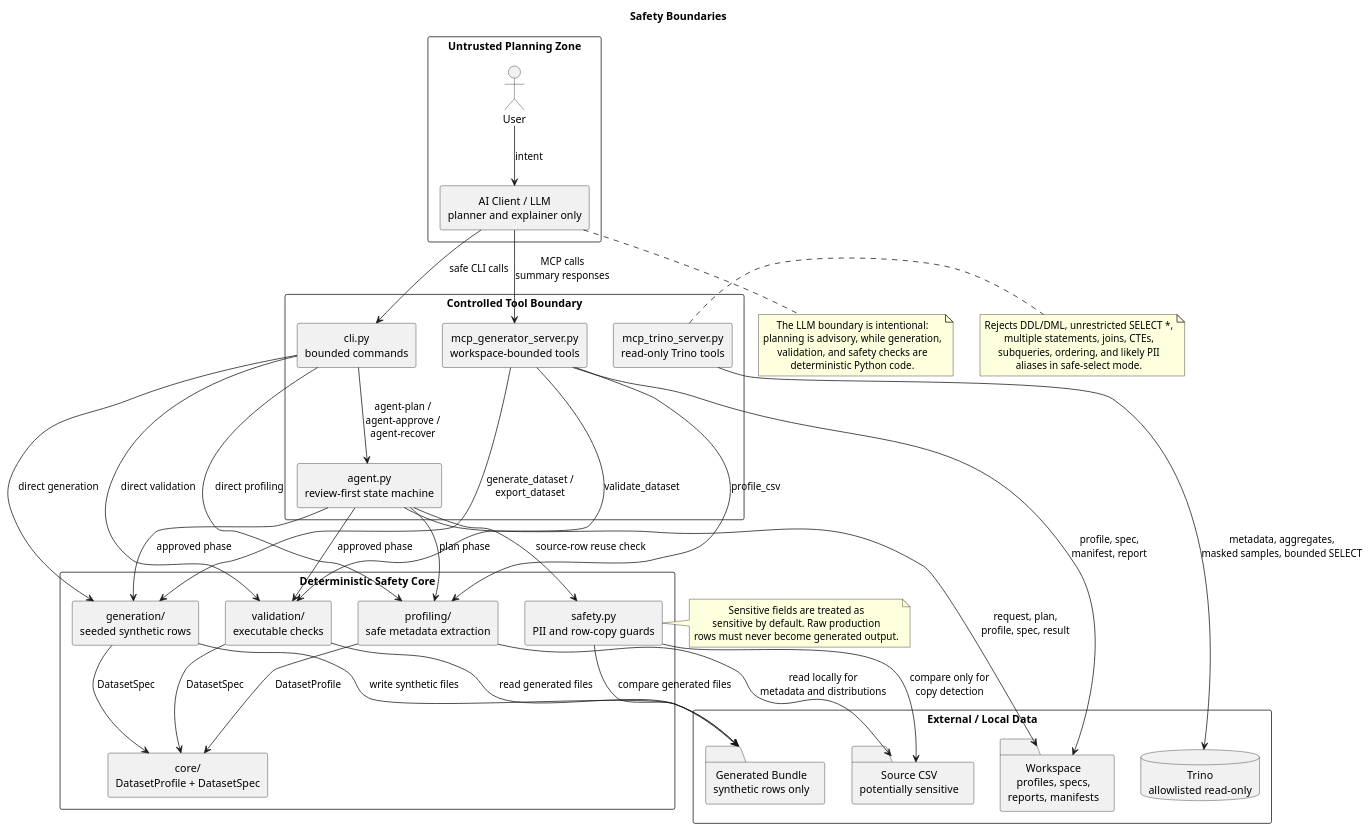
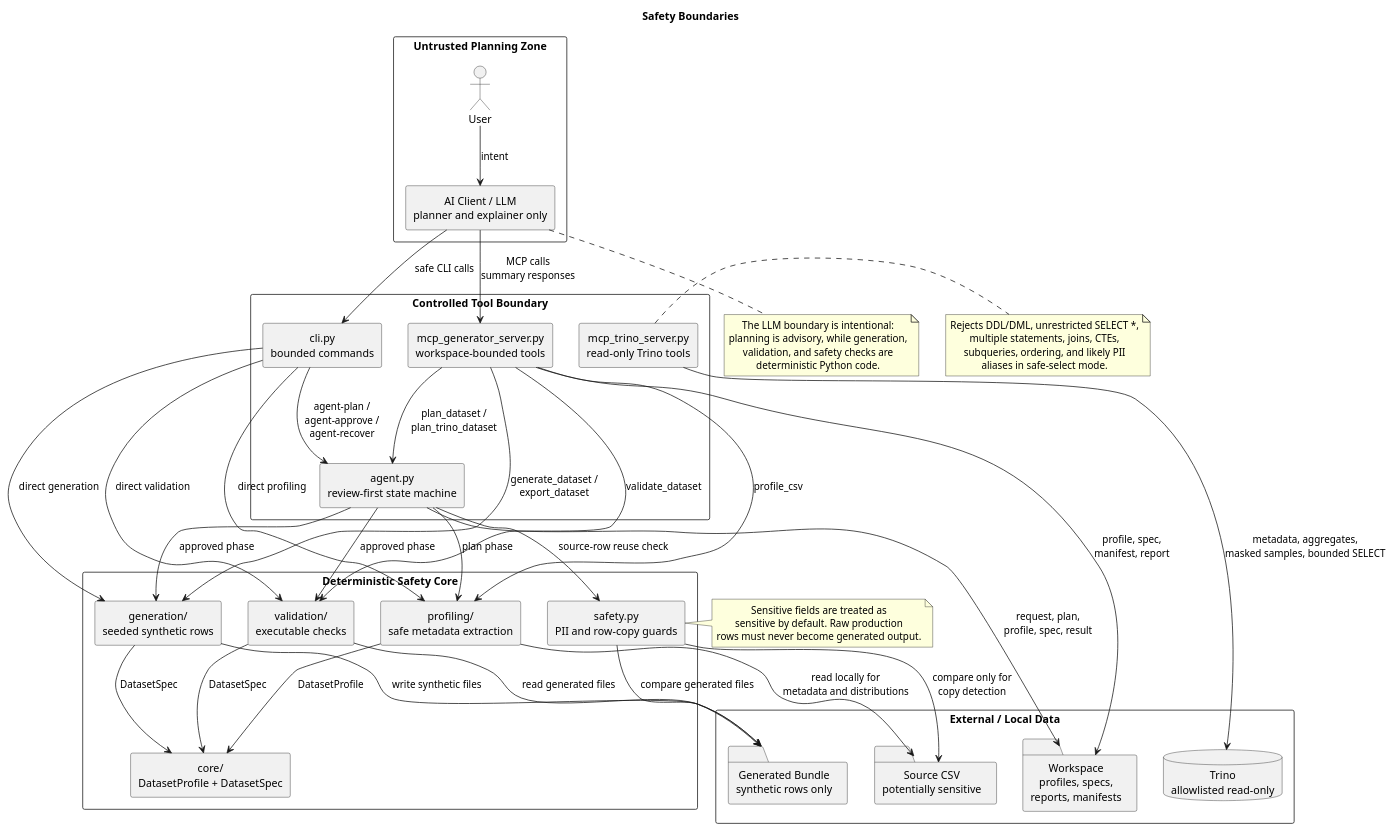
One commit to wa-pis/agent-paranoid-android changed the diagram in docs/architecture_safety_boundaries.puml. Above: the diagram before and after it, drawn with PlantUML. The commit also changed 15 other files, not shown here.

First line of the commit message:
feat(mcp): add high-level dataset planning

```diff
--- a/docs/architecture_safety_boundaries.puml
+++ b/docs/architecture_safety_boundaries.puml
@@ -1,82 +1,83 @@
 @startuml
 title Safety Boundaries
 
 skinparam shadowing false
 skinparam componentStyle rectangle
 skinparam packageStyle rectangle
 skinparam defaultTextAlignment center
 
 package "Untrusted Planning Zone" {
   actor "User" as User
   component "AI Client / LLM\nplanner and explainer only" as Llm
 }
 
 package "Controlled Tool Boundary" {
   component "cli.py\nbounded commands" as Cli
   component "agent.py\nreview-first state machine" as Agent
   component "mcp_generator_server.py\nworkspace-bounded tools" as GeneratorMcp
   component "mcp_trino_server.py\nread-only Trino tools" as TrinoMcp
 }
 
 package "Deterministic Safety Core" {
   component "profiling/\nsafe metadata extraction" as Profiling
   component "generation/\nseeded synthetic rows" as Generation
   component "validation/\nexecutable checks" as Validation
   component "safety.py\nPII and row-copy guards" as Safety
   component "core/\nDatasetProfile + DatasetSpec" as CoreModels
 }
 
 package "External / Local Data" {
   database "Trino\nallowlisted read-only" as Trino
   folder "Source CSV\npotentially sensitive" as SourceCsv
   folder "Workspace\nprofiles, specs,\nreports, manifests" as Workspace
   folder "Generated Bundle\nsynthetic rows only" as Output
 }
 
 User --> Llm : intent
 Llm --> Cli : safe CLI calls
 Llm --> GeneratorMcp : MCP calls\nsummary responses
 Cli --> Agent : agent-plan /\nagent-approve /\nagent-recover
 Cli --> Profiling : direct profiling
 Cli --> Generation : direct generation
 Cli --> Validation : direct validation
 Agent --> Profiling : plan phase
 Agent --> Generation : approved phase
 Agent --> Validation : approved phase
 Agent --> Safety : source-row reuse check
 GeneratorMcp --> Profiling : profile_csv
+GeneratorMcp --> Agent : plan_dataset /\nplan_trino_dataset
 GeneratorMcp --> Generation : generate_dataset /\nexport_dataset
 GeneratorMcp --> Validation : validate_dataset
 TrinoMcp --> Trino : metadata, aggregates,\nmasked samples, bounded SELECT
 Profiling --> SourceCsv : read locally for\nmetadata and distributions
 Profiling --> CoreModels : DatasetProfile
 Generation --> CoreModels : DatasetSpec
 Validation --> CoreModels : DatasetSpec
 Safety --> SourceCsv : compare only for\ncopy detection
 Agent --> Workspace : request, plan,\nprofile, spec, result
 GeneratorMcp --> Workspace : profile, spec,\nmanifest, report
 Generation --> Output : write synthetic files
 Validation --> Output : read generated files
 Safety --> Output : compare generated files
 
 note right of TrinoMcp
 Rejects DDL/DML, unrestricted SELECT *,
 multiple statements, joins, CTEs,
 subqueries, ordering, and likely PII
 aliases in safe-select mode.
 end note
 
 note right of Safety
 Sensitive fields are treated as
 sensitive by default. Raw production
 rows must never become generated output.
 end note
 
 note bottom of Llm
 The LLM boundary is intentional:
 planning is advisory, while generation,
 validation, and safety checks are
 deterministic Python code.
 end note
 
 @enduml
```
